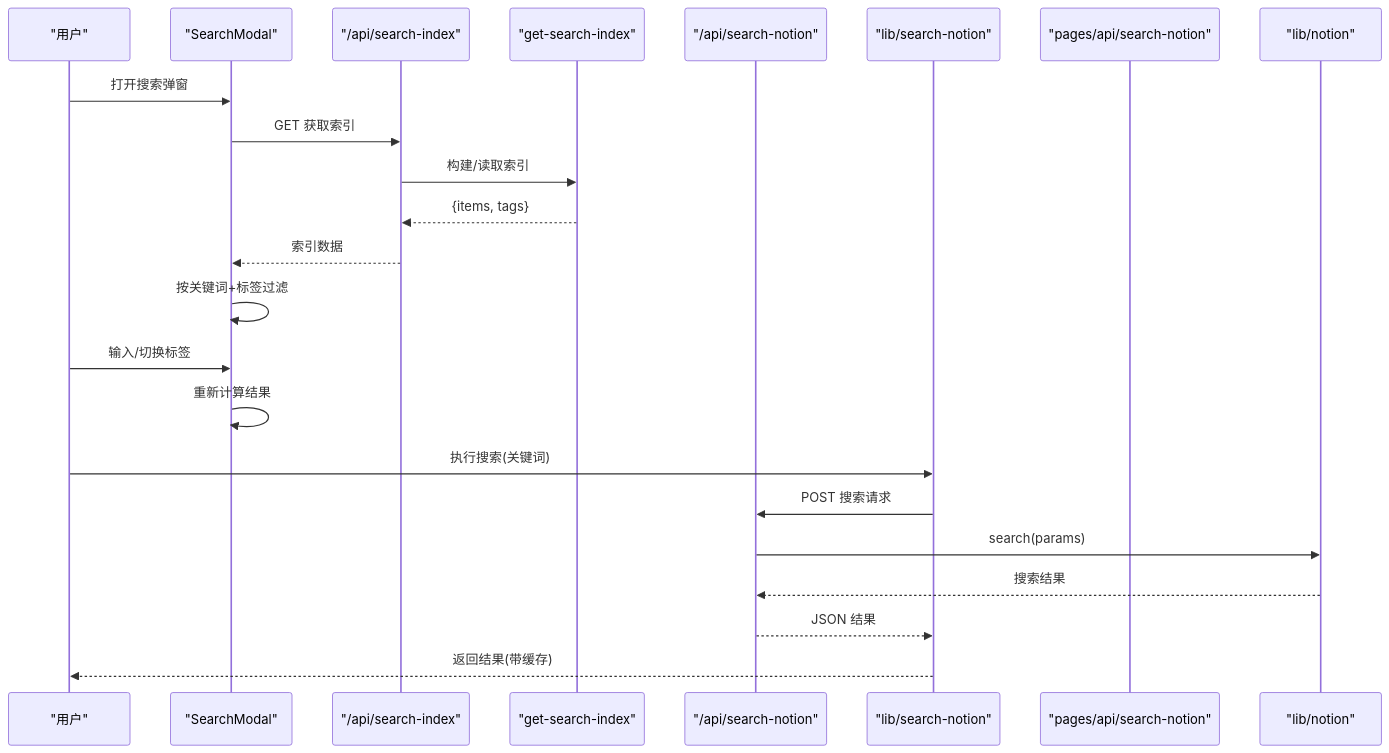
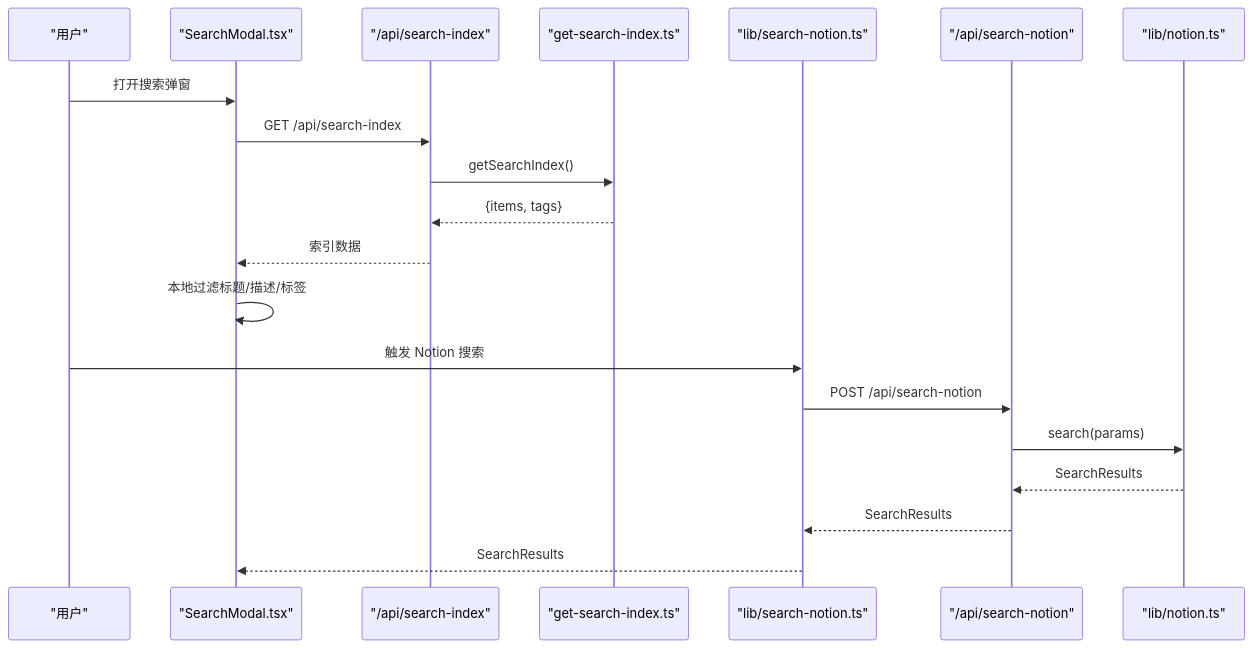
One commit to PhysicalMouse/nextjs-notion-starter-kit changed the second of 8 diagrams in .qoder/repowiki/zh/content/搜索功能/搜索功能.md. Above: the diagram before and after it, drawn with Mermaid. The commit also changed other lines of this file and 186 other files, not shown here.

````diff
--- a/.qoder/repowiki/zh/content/搜索功能/搜索功能.md
+++ b/.qoder/repowiki/zh/content/搜索功能/搜索功能.md
@@ -118,25 +110,22 @@
 ```mermaid
 sequenceDiagram
-participant U as "用户"
-participant SM as "SearchModal"
-participant API_SI as "/api/search-index"
-participant GSI as "get-search-index"
-participant API_SN as "/api/search-notion"
-participant LSN as "lib/search-notion"
-participant PNS as "pages/api/search-notion"
-participant NTS as "lib/notion"
-U->>SM : 打开搜索弹窗
-SM->>API_SI : GET 获取索引
-API_SI->>GSI : 构建/读取索引
-GSI-->>API_SI : {items, tags}
-API_SI-->>SM : 索引数据
-SM->>SM : 按关键词+标签过滤
-U->>SM : 输入/切换标签
-SM->>SM : 重新计算结果
-U->>LSN : 执行搜索(关键词)
-LSN->>API_SN : POST 搜索请求
-API_SN->>NTS : search(params)
-NTS-->>API_SN : 搜索结果
-API_SN-->>LSN : JSON 结果
-LSN-->>U : 返回结果(带缓存)
+participant User as "用户"
+participant Modal as "SearchModal.tsx"
+participant IndexAPI as "/api/search-index"
+participant IndexBuilder as "get-search-index.ts"
+participant ClientSearch as "lib/search-notion.ts"
+participant ServerAPI as "/api/search-notion"
+participant NotionLib as "lib/notion.ts"
+User->>Modal : 打开搜索弹窗
+Modal->>IndexAPI : GET /api/search-index
+IndexAPI->>IndexBuilder : getSearchIndex()
+IndexBuilder-->>IndexAPI : {items, tags}
+IndexAPI-->>Modal : 索引数据
+Modal->>Modal : 本地过滤标题/描述/标签
+User->>ClientSearch : 触发 Notion 搜索
+ClientSearch->>ServerAPI : POST /api/search-notion
+ServerAPI->>NotionLib : search(params)
+NotionLib-->>ServerAPI : SearchResults
+ServerAPI-->>ClientSearch : SearchResults
+ClientSearch-->>Modal : SearchResults
 ```
````
